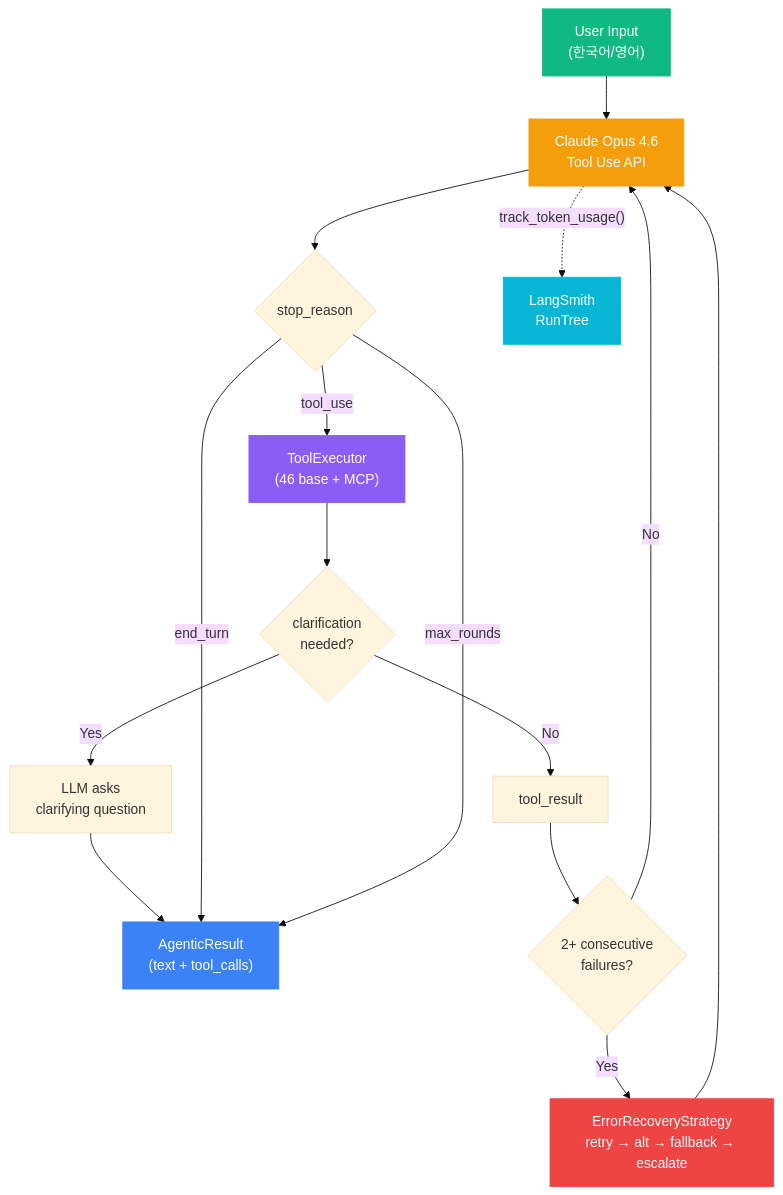
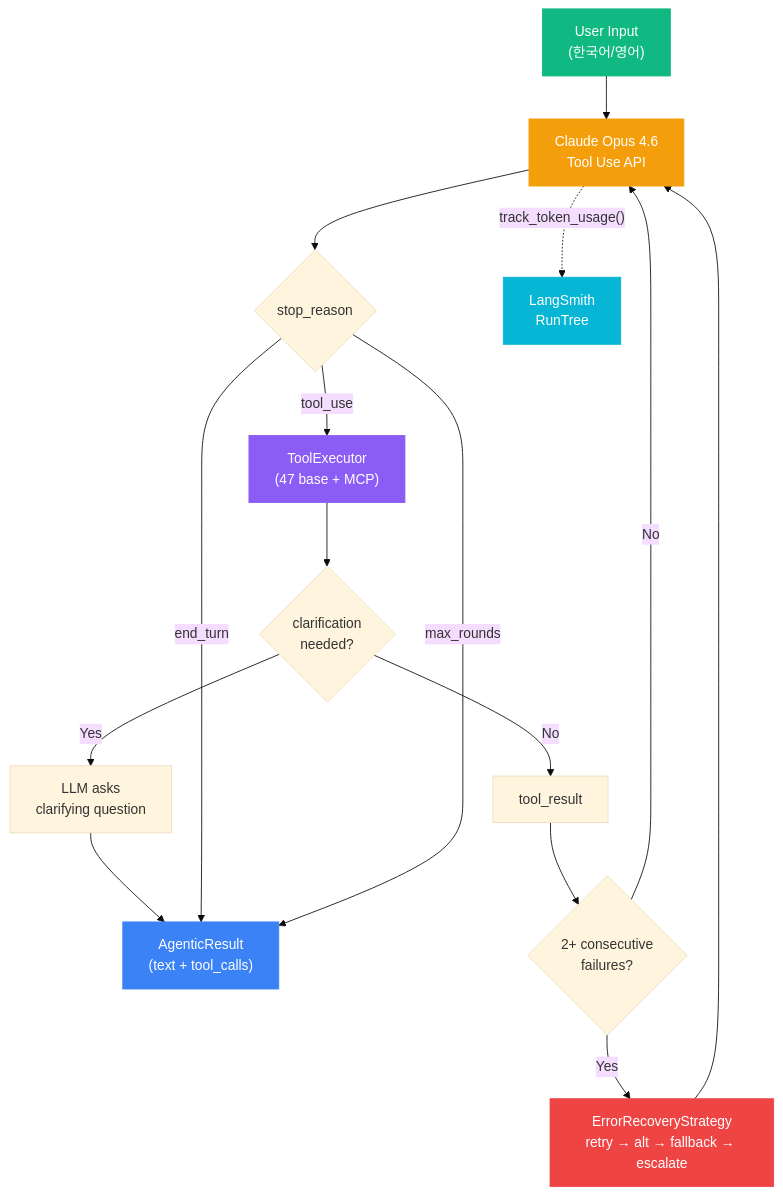
The second of 19 diagrams in docs/architecture.md (mangowhoiscloud/geode), drawn with Mermaid (base theme) before and after one commit. The commit also changed other lines of this file and 8 other files, not shown here.

````diff
--- a/docs/architecture.md
+++ b/docs/architecture.md
@@ -83,25 +83,25 @@
 ```mermaid
 graph TB
     Input["User Input<br/>(한국어/영어)"] --> LLM["Claude Opus 4.6<br/>Tool Use API"]
     LLM --> Decision{stop_reason}
-    Decision -->|tool_use| Exec["ToolExecutor<br/>(46 base + MCP)"]
+    Decision -->|tool_use| Exec["ToolExecutor<br/>(47 base + MCP)"]
     Exec --> Check{clarification<br/>needed?}
     Check -->|Yes| Clarify["LLM asks<br/>clarifying question"]
     Clarify --> Output
     Check -->|No| Results["tool_result"]
     Results --> Recovery{"2+ consecutive<br/>failures?"}
     Recovery -->|Yes| ER["ErrorRecoveryStrategy<br/>retry → alt → fallback → escalate"]
     ER --> LLM
     Recovery -->|No| LLM
     Decision -->|end_turn| Output["AgenticResult<br/>(text + tool_calls)"]
     Decision -->|max_rounds| Output
 
     LLM -.->|"track_token_usage()"| LS["LangSmith<br/>RunTree"]
 
     style Input fill:#10b981,stroke:#10b981,color:#fff
     style Output fill:#3b82f6,stroke:#3b82f6,color:#fff
     style LLM fill:#f59e0b,stroke:#f59e0b,color:#fff
     style Exec fill:#8b5cf6,stroke:#8b5cf6,color:#fff
     style LS fill:#06b6d4,stroke:#06b6d4,color:#fff
     style ER fill:#ef4444,stroke:#ef4444,color:#fff
 ```
````
